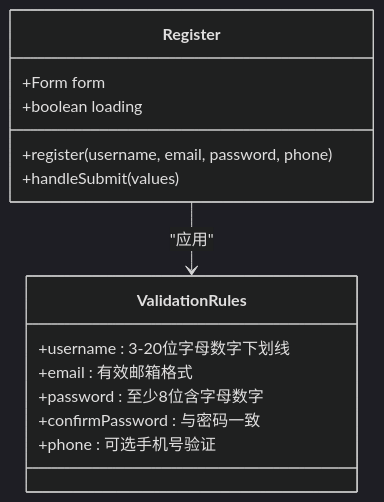
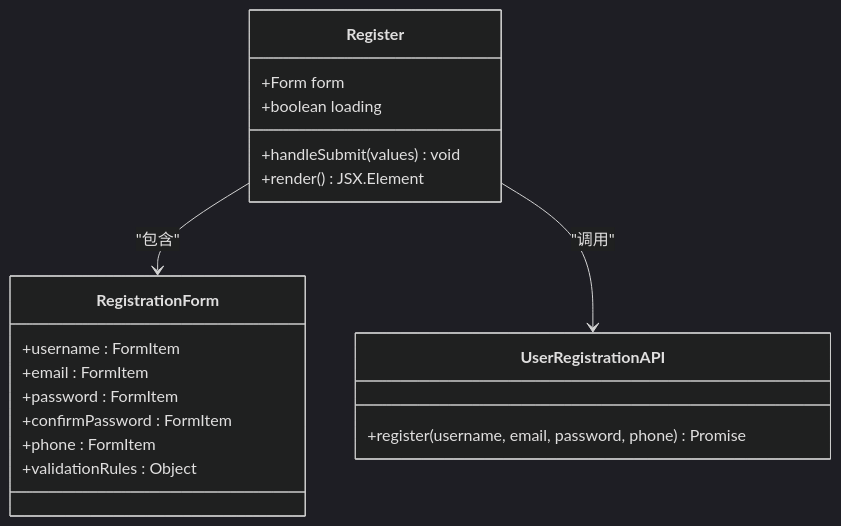
Before and after one commit to songdiyang/clawOperations: the third of 13 diagrams in .qoder/repowiki/zh/content/核心模块详解/Web界面系统/登录注册页面.md, drawn with Mermaid (dark theme). The commit also changed other lines of this file and 52 other files, not shown here.

````diff
--- a/.qoder/repowiki/zh/content/核心模块详解/Web界面系统/登录注册页面.md
+++ b/.qoder/repowiki/zh/content/核心模块详解/Web界面系统/登录注册页面.md
@@ -121,17 +138,22 @@
 ```mermaid
 classDiagram
 class Register {
 +Form form
 +boolean loading
-+register(username, email, password, phone)
-+handleSubmit(values)
++handleSubmit(values) void
++render() JSX.Element
 }
-class ValidationRules {
-+username : 3-20位字母数字下划线
-+email : 有效邮箱格式
-+password : 至少8位含字母数字
-+confirmPassword : 与密码一致
-+phone : 可选手机号验证
+class RegistrationForm {
++username : FormItem
++email : FormItem
++password : FormItem
++confirmPassword : FormItem
++phone : FormItem
++validationRules : Object
 }
-Register --> ValidationRules : "应用"
+class UserRegistrationAPI {
++register(username, email, password, phone) Promise<void>
+}
+Register --> RegistrationForm : "包含"
+Register --> UserRegistrationAPI : "调用"
 ```
````
